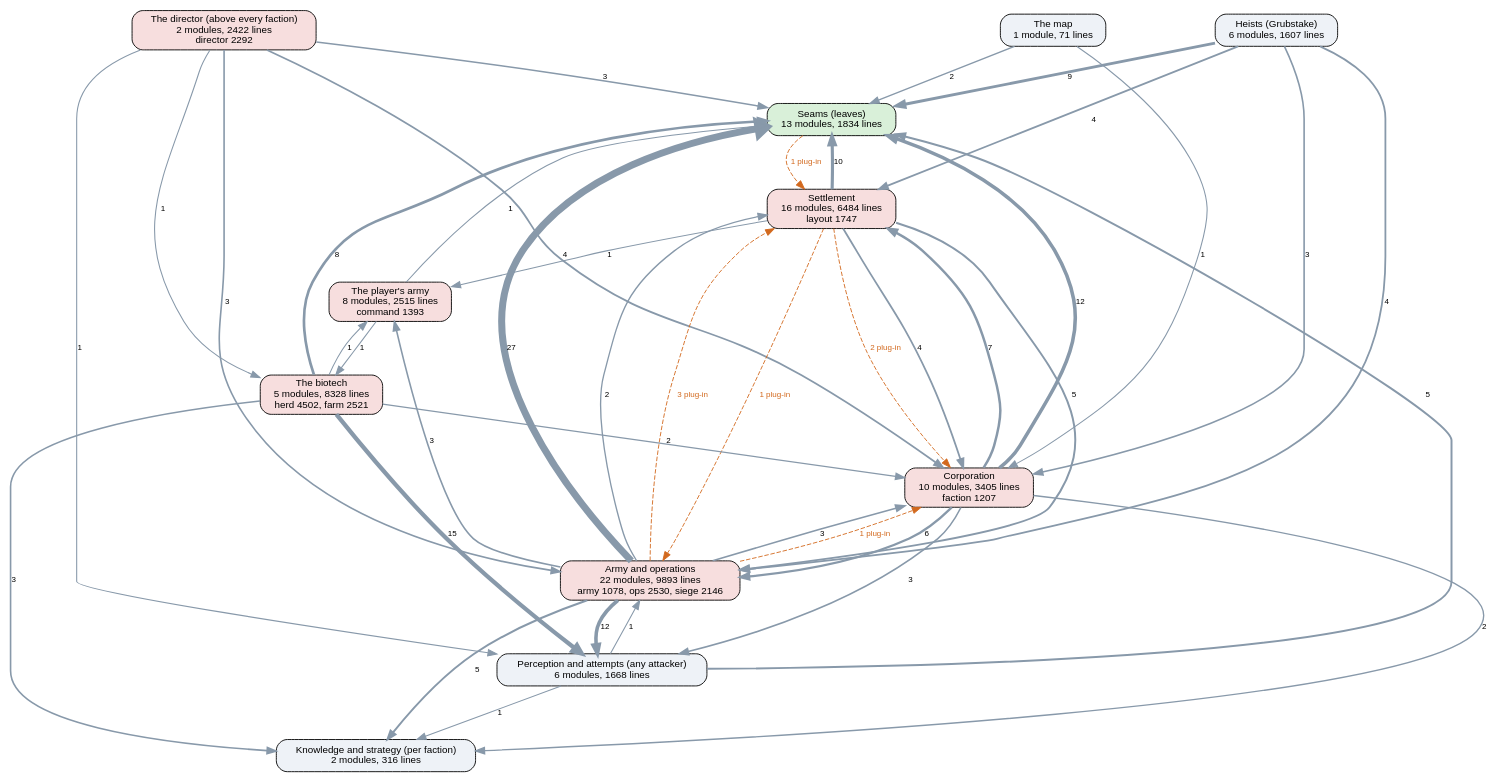
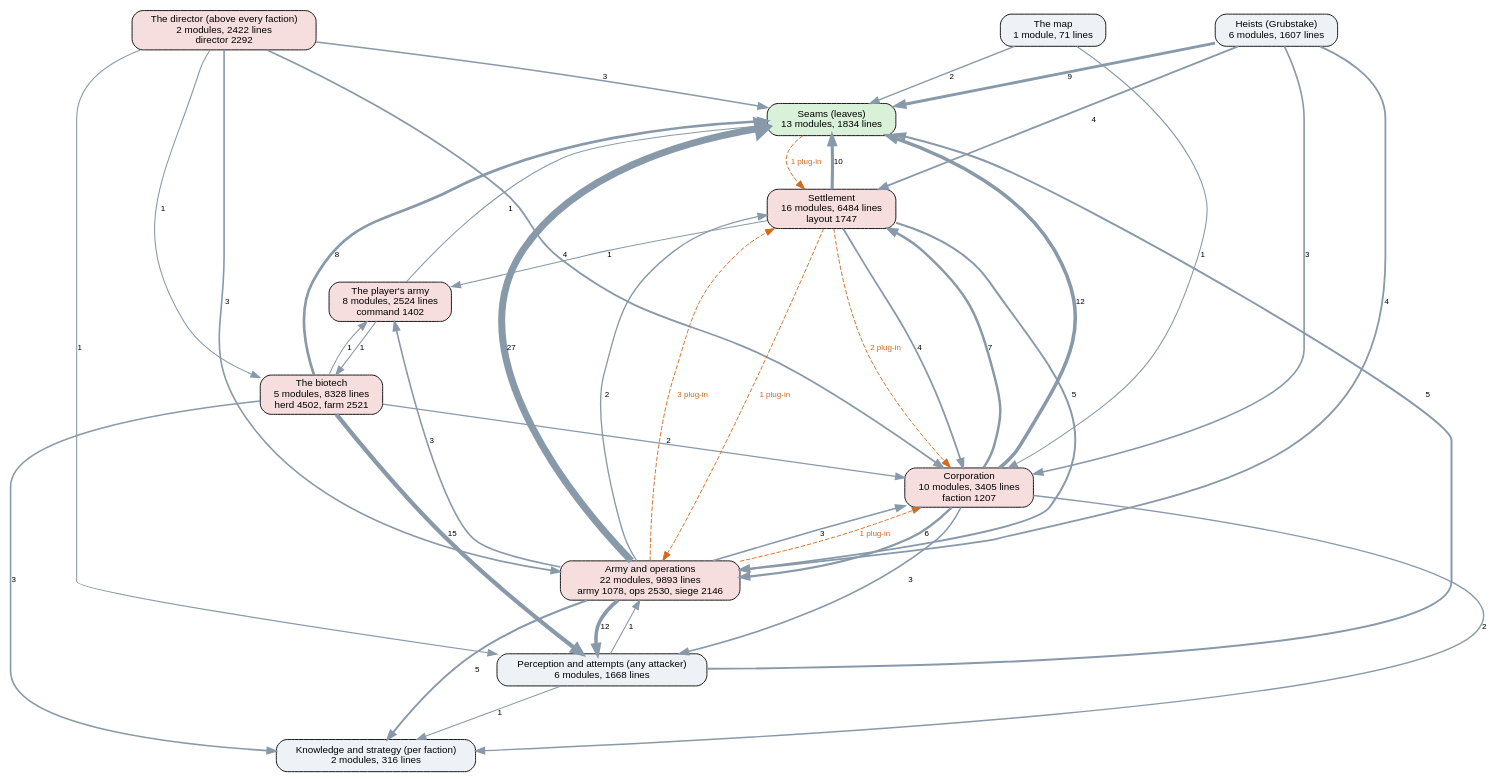
The diagram in docs/ai-layers.dot (kinelhu/landing-party), drawn with Graphviz before and after one commit. The commit also changed 14 other files, not shown here.

```diff
--- a/docs/ai-layers.dot
+++ b/docs/ai-layers.dot
@@ -1,57 +1,57 @@
 digraph layers {
   graph [rankdir=TB, fontname="Helvetica", nodesep=0.5, ranksep=0.7];
   node [shape=box, style="rounded,filled", fontname="Helvetica", fontsize=11, fillcolor="#eef2f7"];
   edge [color="#8899aa", fontname="Helvetica", fontsize=9];
   "Seams (leaves)" [label="Seams (leaves)\n13 modules, 1834 lines", fillcolor="#d9f0d9"];
   "Perception and attempts (any attacker)" [label="Perception and attempts (any attacker)\n6 modules, 1668 lines", fillcolor="#eef2f7"];
   "Knowledge and strategy (per faction)" [label="Knowledge and strategy (per faction)\n2 modules, 316 lines", fillcolor="#eef2f7"];
   "The director (above every faction)" [label="The director (above every faction)\n2 modules, 2422 lines\ndirector 2292", fillcolor="#f7dede"];
   "Corporation" [label="Corporation\n10 modules, 3405 lines\nfaction 1207", fillcolor="#f7dede"];
   "Settlement" [label="Settlement\n16 modules, 6484 lines\nlayout 1747", fillcolor="#f7dede"];
   "Army and operations" [label="Army and operations\n22 modules, 9893 lines\narmy 1078, ops 2530, siege 2146", fillcolor="#f7dede"];
   "Heists (Grubstake)" [label="Heists (Grubstake)\n6 modules, 1607 lines", fillcolor="#eef2f7"];
   "The biotech" [label="The biotech\n5 modules, 8328 lines\nherd 4502, farm 2521", fillcolor="#f7dede"];
   "The map" [label="The map\n1 module, 71 lines", fillcolor="#eef2f7"];
-  "The player's army" [label="The player's army\n8 modules, 2515 lines\ncommand 1393", fillcolor="#f7dede"];
+  "The player's army" [label="The player's army\n8 modules, 2524 lines\ncommand 1402", fillcolor="#f7dede"];
   "Army and operations" -> "Corporation" [label="3", penwidth=1.8];
   "Army and operations" -> "Knowledge and strategy (per faction)" [label="5", penwidth=2.2];
   "Army and operations" -> "Perception and attempts (any attacker)" [label="12", penwidth=4.0];
   "Army and operations" -> "Seams (leaves)" [label="27", penwidth=7.8];
   "Army and operations" -> "Settlement" [label="2", penwidth=1.5];
   "Army and operations" -> "The player's army" [label="3", penwidth=1.8];
   "Corporation" -> "Army and operations" [label="6", penwidth=2.5];
   "Corporation" -> "Knowledge and strategy (per faction)" [label="2", penwidth=1.5];
   "Corporation" -> "Perception and attempts (any attacker)" [label="3", penwidth=1.8];
   "Corporation" -> "Seams (leaves)" [label="12", penwidth=4.0];
   "Corporation" -> "Settlement" [label="7", penwidth=2.8];
   "Heists (Grubstake)" -> "Army and operations" [label="4", penwidth=2.0];
   "Heists (Grubstake)" -> "Corporation" [label="3", penwidth=1.8];
   "Heists (Grubstake)" -> "Seams (leaves)" [label="9", penwidth=3.2];
   "Heists (Grubstake)" -> "Settlement" [label="4", penwidth=2.0];
   "Perception and attempts (any attacker)" -> "Army and operations" [label="1", penwidth=1.2];
   "Perception and attempts (any attacker)" -> "Knowledge and strategy (per faction)" [label="1", penwidth=1.2];
   "Perception and attempts (any attacker)" -> "Seams (leaves)" [label="5", penwidth=2.2];
   "Settlement" -> "Army and operations" [label="5", penwidth=2.2];
   "Settlement" -> "Corporation" [label="4", penwidth=2.0];
   "Settlement" -> "Seams (leaves)" [label="10", penwidth=3.5];
   "Settlement" -> "The player's army" [label="1", penwidth=1.2];
   "The biotech" -> "Corporation" [label="2", penwidth=1.5];
   "The biotech" -> "Knowledge and strategy (per faction)" [label="3", penwidth=1.8];
   "The biotech" -> "Perception and attempts (any attacker)" [label="15", penwidth=4.8];
   "The biotech" -> "Seams (leaves)" [label="8", penwidth=3.0];
   "The biotech" -> "The player's army" [label="1", penwidth=1.2];
   "The director (above every faction)" -> "Army and operations" [label="3", penwidth=1.8];
   "The director (above every faction)" -> "Corporation" [label="4", penwidth=2.0];
   "The director (above every faction)" -> "Perception and attempts (any attacker)" [label="1", penwidth=1.2];
   "The director (above every faction)" -> "Seams (leaves)" [label="3", penwidth=1.8];
   "The director (above every faction)" -> "The biotech" [label="1", penwidth=1.2];
   "The map" -> "Corporation" [label="1", penwidth=1.2];
   "The map" -> "Seams (leaves)" [label="2", penwidth=1.5];
   "The player's army" -> "Seams (leaves)" [label="1", penwidth=1.2];
   "The player's army" -> "The biotech" [label="1", penwidth=1.2];
   "Army and operations" -> "Corporation" [style=dashed, color="#d2691e", fontcolor="#d2691e", label="1 plug-in"];
   "Army and operations" -> "Settlement" [style=dashed, color="#d2691e", fontcolor="#d2691e", label="3 plug-in"];
   "Seams (leaves)" -> "Settlement" [style=dashed, color="#d2691e", fontcolor="#d2691e", label="1 plug-in"];
   "Settlement" -> "Army and operations" [style=dashed, color="#d2691e", fontcolor="#d2691e", label="1 plug-in"];
   "Settlement" -> "Corporation" [style=dashed, color="#d2691e", fontcolor="#d2691e", label="2 plug-in"];
 }
```
